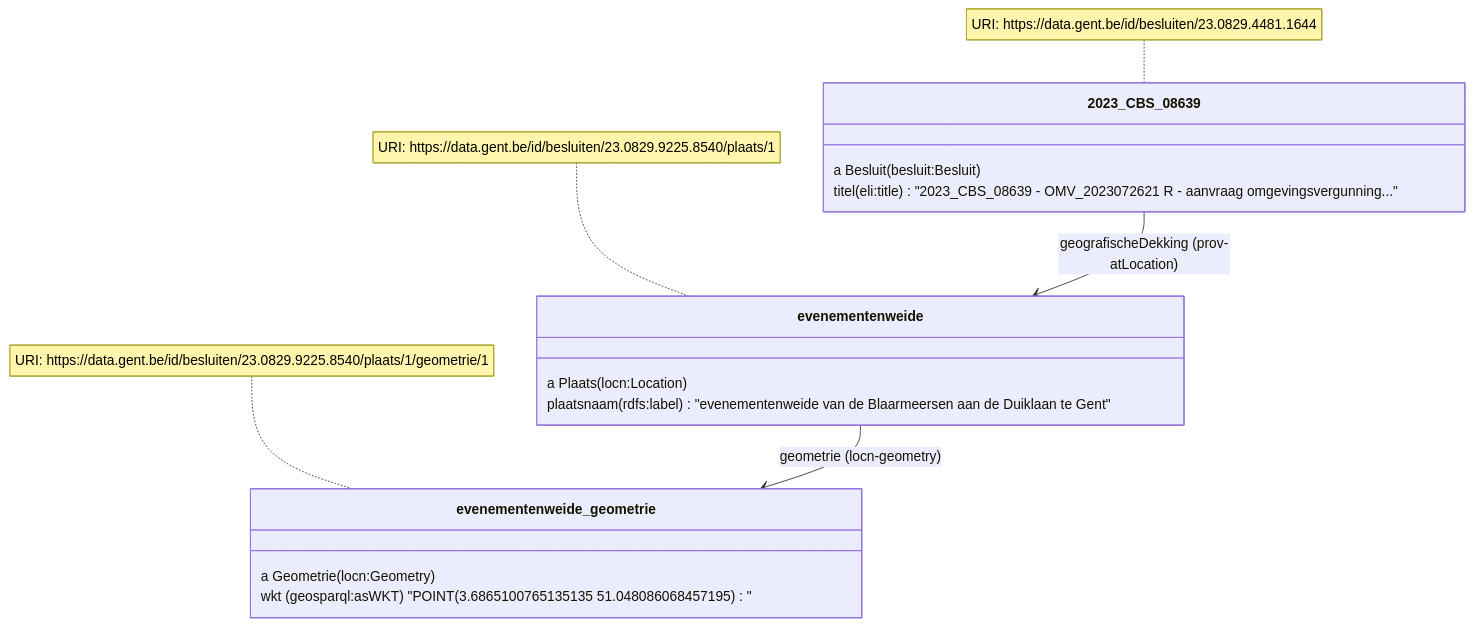
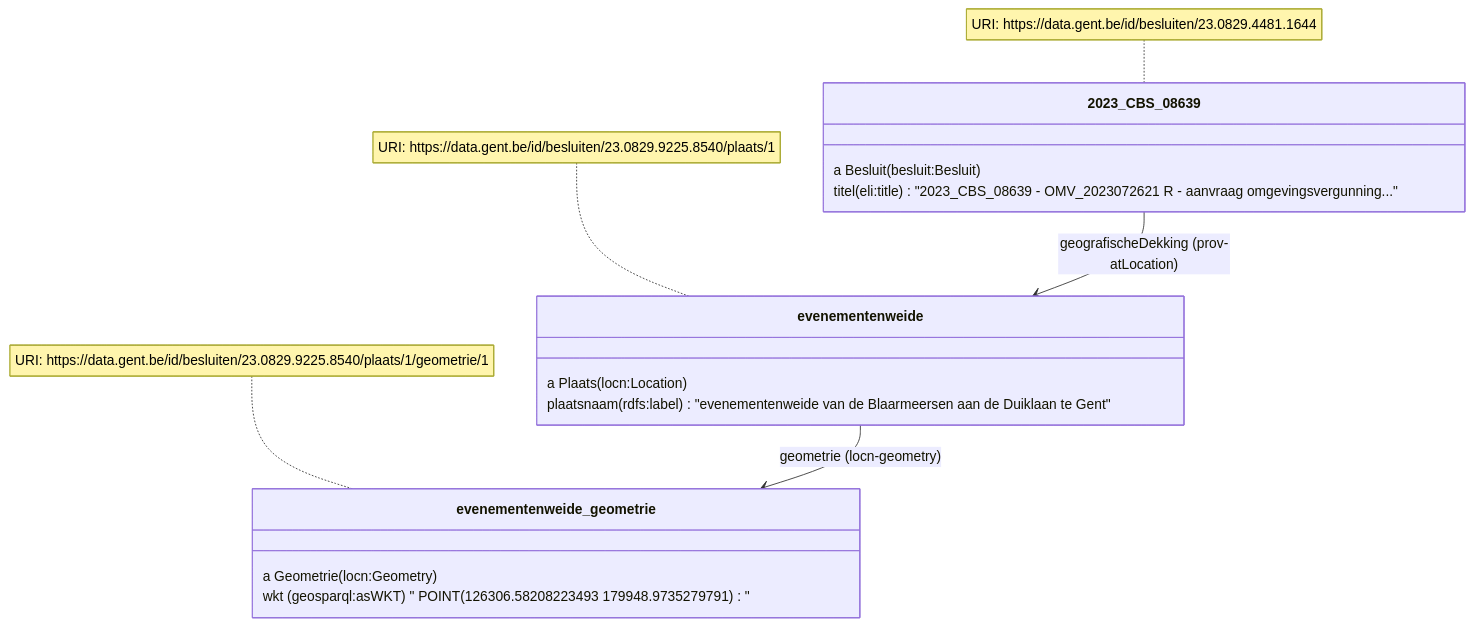
One commit to Informatievlaanderen/OSLOthema-slimmeRaadpleegOmgeving changed the fourth of 15 diagrams in README.md. Above: the diagram before and after it, drawn with Mermaid. The commit also changed other lines of this file, not shown here.

Commit message:
update wkt examples

````diff
--- a/README.md
+++ b/README.md
@@ -129,20 +129,20 @@
 ```mermaid
 classDiagram
     2023_CBS_08639 --> evenementenweide: geografischeDekking (prov-atLocation)
     evenementenweide --> evenementenweide_geometrie: geometrie (locn-geometry)
     note for 2023_CBS_08639 "URI: https://data.gent.be/id/besluiten/23.0829.4481.1644"
     note for evenementenweide "URI: https://data.gent.be/id/besluiten/23.0829.9225.8540/plaats/1"
     note for evenementenweide_geometrie "URI: https://data.gent.be/id/besluiten/23.0829.9225.8540/plaats/1/geometrie/1"
     class 2023_CBS_08639 {
       a Besluit (besluit:Besluit)
       titel (eli:title) "2023_CBS_08639 - OMV_2023072621 R - aanvraag omgevingsvergunning..."
     }
     class evenementenweide {
       a Plaats (locn:Location)
       plaatsnaam (rdfs:label) "evenementenweide van de Blaarmeersen aan de Duiklaan te Gent"
     }
     class evenementenweide_geometrie {
       a Geometrie (locn:Geometry)
-      wkt (geosparql:asWKT) "POINT(3.6865100765135135 51.048086068457195)"
+      wkt (geosparql:asWKT) "<http://www.opengis.net/def/crs/EPSG/0/31370> POINT(126306.58208223493 179948.9735279791)"
     }
 ```
````
